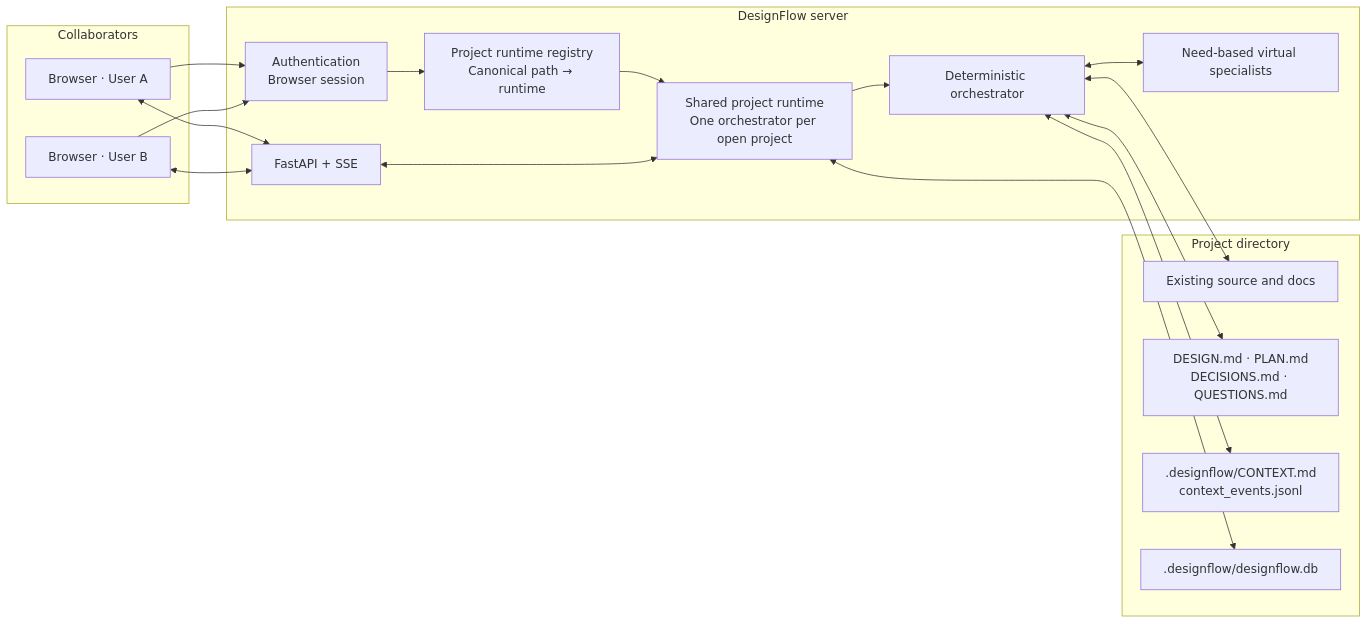
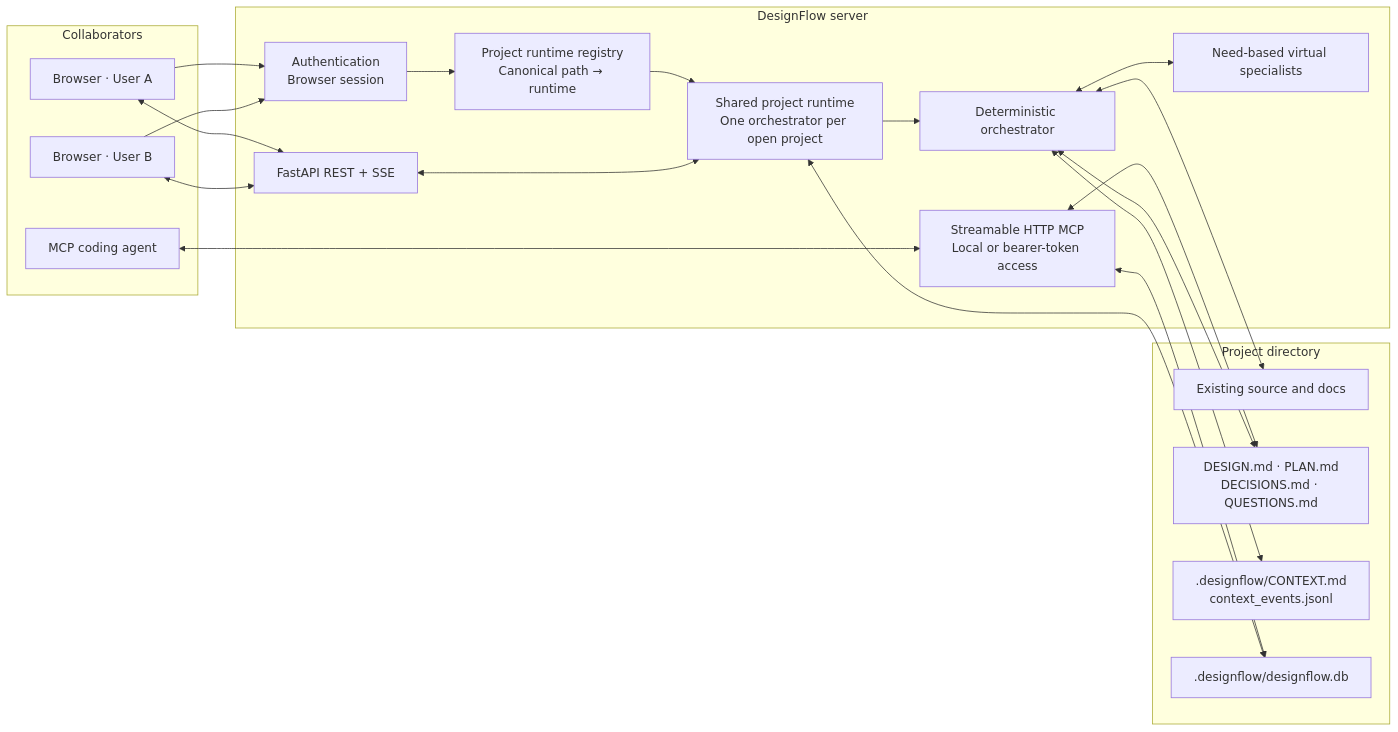
One commit to ankurv/DesignFlow changed the first of 5 diagrams in docs/ARCHITECTURE.md. Above: the diagram before and after it, drawn with Mermaid. The commit also changed other lines of this file and 11 other files, not shown here.

Commit message:
feat: UI-managed one-time MCP access tokens

````diff
--- a/docs/ARCHITECTURE.md
+++ b/docs/ARCHITECTURE.md
@@ -7,37 +7,42 @@
 ```mermaid
 flowchart LR
     subgraph People["Collaborators"]
         U1["Browser · User A"]
         U2["Browser · User B"]
+        CA["MCP coding agent"]
     end
 
     subgraph Server["DesignFlow server"]
         Auth["Authentication\nBrowser session"]
         Registry["Project runtime registry\nCanonical path → runtime"]
         Runtime["Shared project runtime\nOne orchestrator per open project"]
-        API["FastAPI + SSE"]
+        API["FastAPI REST + SSE"]
+        MCP["Streamable HTTP MCP\nLocal or bearer-token access"]
         Orch["Deterministic orchestrator"]
         Team["Need-based virtual specialists"]
     end
 
     subgraph Project["Project directory"]
         Source["Existing source and docs"]
         Artifacts["DESIGN.md · PLAN.md\nDECISIONS.md · QUESTIONS.md"]
         Memory[".designflow/CONTEXT.md\ncontext_events.jsonl"]
         DB[".designflow/designflow.db"]
     end
 
     U1 --> Auth
     U2 --> Auth
     Auth --> Registry
     Registry --> Runtime
     U1 <--> API
     U2 <--> API
+    CA <--> MCP
+    MCP <--> Artifacts
+    MCP <--> DB
     API <--> Runtime
     Runtime --> Orch
     Orch <--> Team
     Orch <--> Source
     Orch <--> Artifacts
     Orch <--> Memory
     Runtime <--> DB
 ```
````
